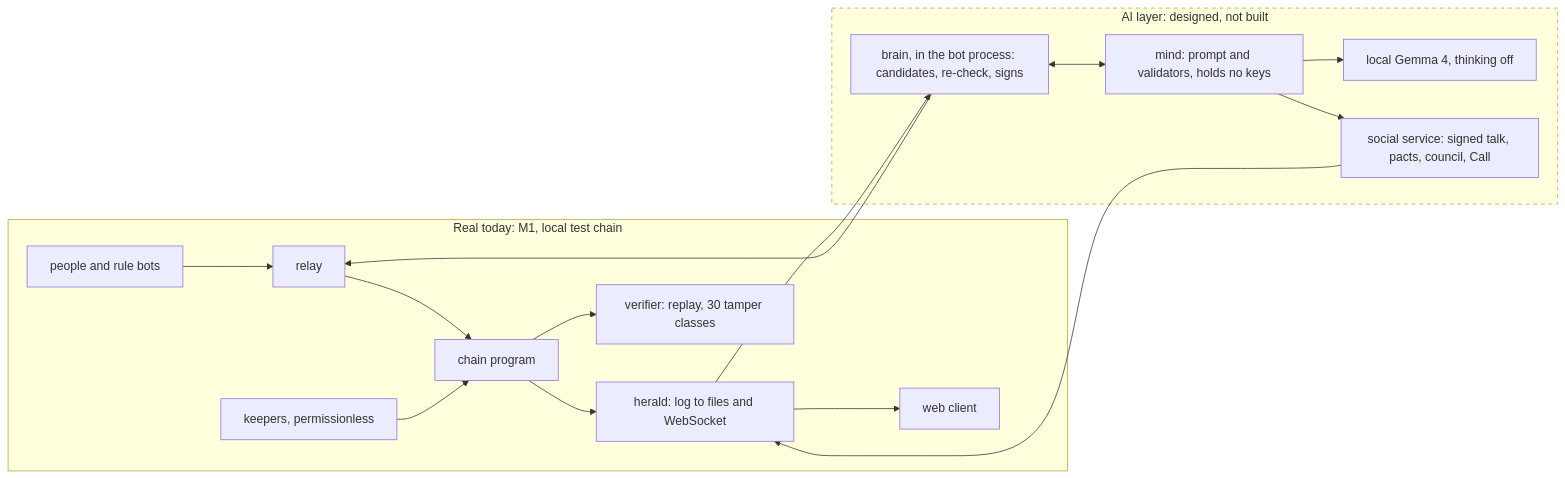
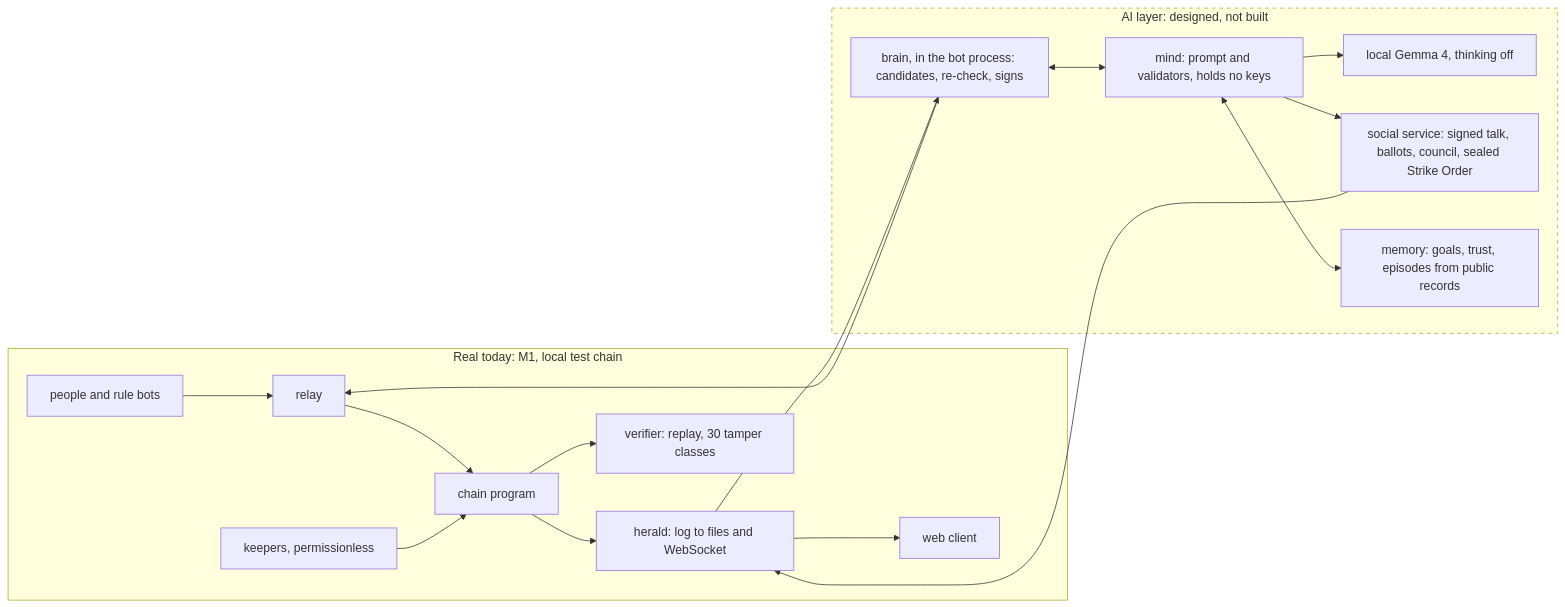
The second of 3 diagrams in docs/DESIGN-OVERVIEW.md (r0ze998/wylls), drawn with Mermaid before and after one commit. The commit also changed other lines of this file and 1 other file, not shown here.

Commit message:
Wylls design overview: align with AI contract v1.2 (memory in, pacts out, own march, caps, scripted A/B ballot)

````diff
--- a/docs/DESIGN-OVERVIEW.md
+++ b/docs/DESIGN-OVERVIEW.md
@@ -170,24 +170,26 @@
 ```mermaid
 flowchart LR
   subgraph Real["Real today: M1, local test chain"]
     P["people and rule bots"] --> R["relay"]
     R --> C["chain program"]
     K["keepers, permissionless"] --> C
     C --> H["herald: log to files and WebSocket"]
     H --> W["web client"]
     C --> V["verifier: replay, 30 tamper classes"]
   end
   subgraph AI["AI layer: designed, not built"]
     B["brain, in the bot process: candidates, re-check, signs"]
     M["mind: prompt and validators, holds no keys"]
     G["local Gemma 4, thinking off"]
-    SS["social service: signed talk, pacts, council, Call"]
+    SS["social service: signed talk, ballots, council, sealed Strike Order"]
+    MEM["memory: goals, trust, episodes from public records"]
     B <--> M
     M --> G
     M --> SS
+    M <--> MEM
   end
   B --> R
   H --> B
   SS --> H
   style AI stroke-dasharray: 5 5
 ```
````
